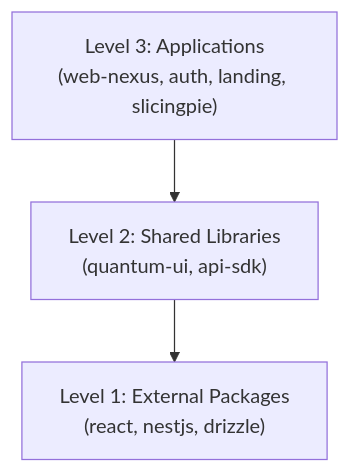
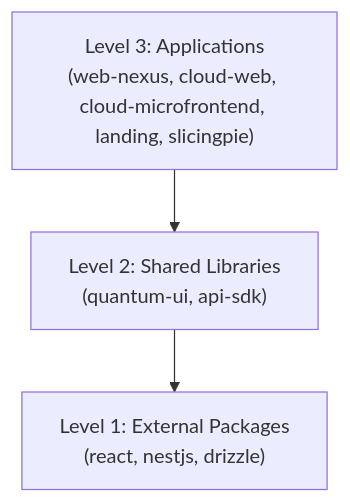
One commit to vritti-ai-platforms/developer-docs changed the second of 2 diagrams in architecture/project-relationships.mdx. Above: the diagram before and after it, drawn with Mermaid. The commit also changed other lines of this file and 11 other files, not shown here.

First line of the commit message:
refactor: update project name and micro-frontend references in web-nexus documentation

````diff
--- a/architecture/project-relationships.mdx
+++ b/architecture/project-relationships.mdx
@@ -266,9 +285,9 @@
   ```mermaid
   flowchart TB
-      L3["Level 3: Applications<br/>(web-nexus, auth, landing, slicingpie)"]
+      L3["Level 3: Applications<br/>(web-nexus, cloud-web, cloud-microfrontend, landing, slicingpie)"]
       L2["Level 2: Shared Libraries<br/>(quantum-ui, api-sdk)"]
       L1["Level 1: External Packages<br/>(react, nestjs, drizzle)"]
 
       L3 --> L2
       L2 --> L1
   ```
````
